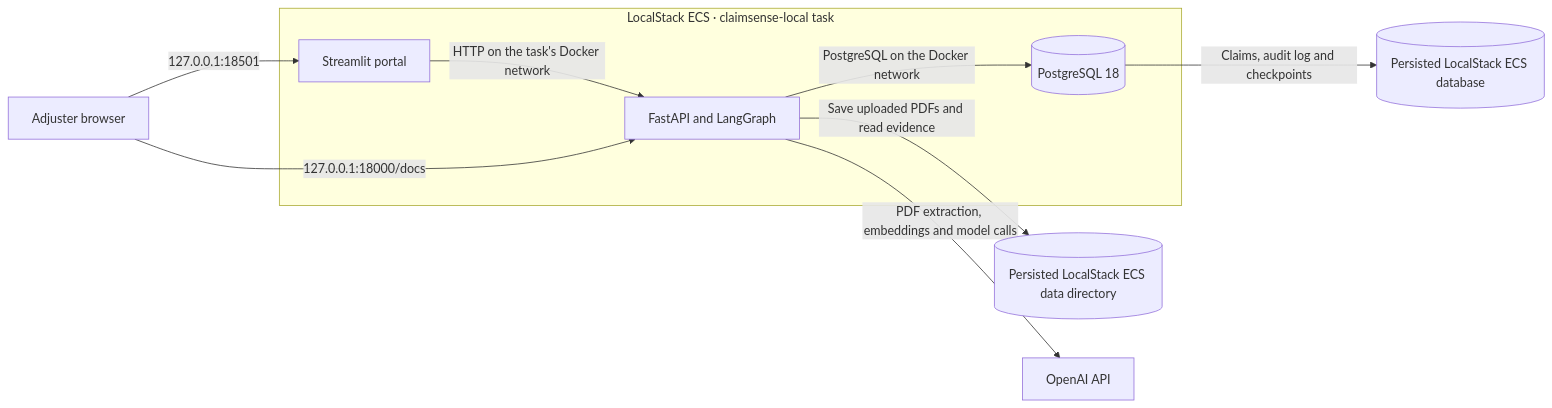
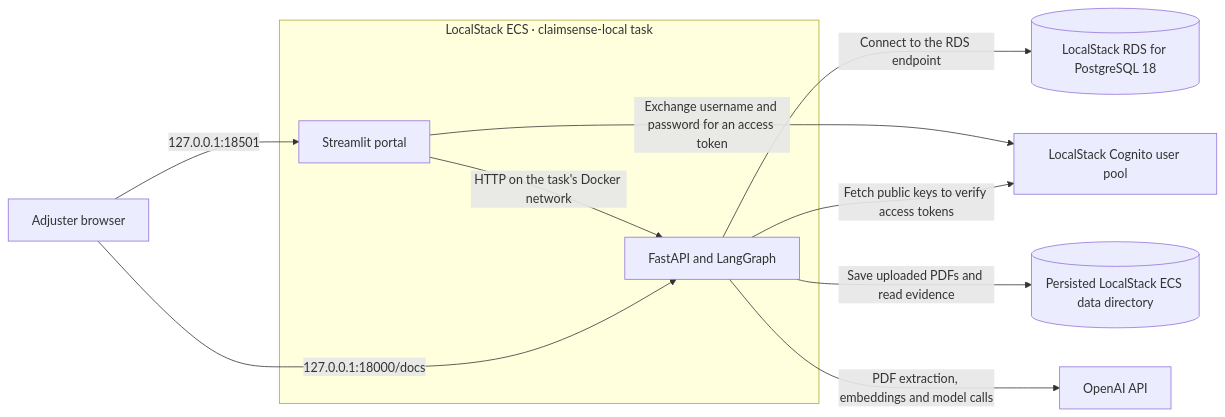
Before and after one commit to MP-30/Claim-Sense: the first of 3 diagrams in infra.md, drawn with Mermaid. The commit also changed other lines of this file and 13 other files, not shown here.

````diff
--- a/infra.md
+++ b/infra.md
@@ -7,16 +7,16 @@
 ```mermaid
 flowchart LR
     User["Adjuster browser"]
     subgraph Task["LocalStack ECS · claimsense-local task"]
         UI["Streamlit portal"]
         API["FastAPI and LangGraph"]
-        DB[("PostgreSQL 18")]
         UI -->|"HTTP on the task's Docker network"| API
-        API -->|"PostgreSQL on the Docker network"| DB
     end
+    API -->|"Connect to the RDS endpoint"| DB[("LocalStack RDS for PostgreSQL 18")]
     User -->|"127.0.0.1:18501"| UI
     User -->|"127.0.0.1:18000/docs"| API
-    DB -->|"Claims, audit log and checkpoints"| Volume[("Persisted LocalStack ECS database")]
+    UI -->|"Exchange username and password for an access token"| Cognito["LocalStack Cognito user pool"]
+    API -->|"Fetch public keys to verify access tokens"| Cognito
     API -->|"Save uploaded PDFs and read evidence"| Files[("Persisted LocalStack ECS data directory")]
     API -->|"PDF extraction, embeddings and model calls"| Model["OpenAI API"]
 ```
````
